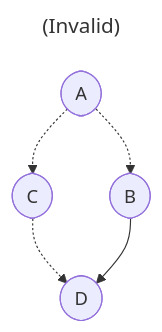
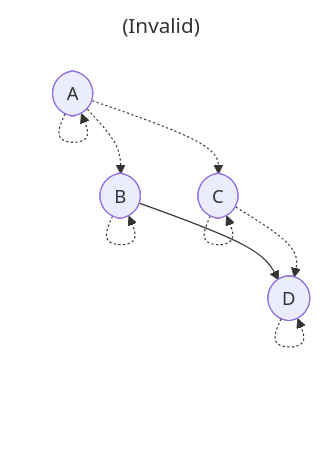
One commit to stepchowfun/proofs changed diagram 15 of 21 in proofs/AdmissibilityGraph/README.md. Above: the diagram before and after it, drawn with Mermaid. The commit also changed other lines of this file, not shown here.

Commit message:
Add some common admissibility graph patterns

````diff
--- a/proofs/AdmissibilityGraph/README.md
+++ b/proofs/AdmissibilityGraph/README.md
@@ -250,15 +280,20 @@
 ```mermaid
 ---
 title: (Invalid)
 ---
 flowchart TD
   a([A])
   b([B])
   c([C])
   d([D])
 
+  a -.-> a
+  b -.-> b
+  c -.-> c
+  d -.-> d
   a -.-> b
   a -.-> c
   c -.-> d
+
   b --> d
 ```
````
